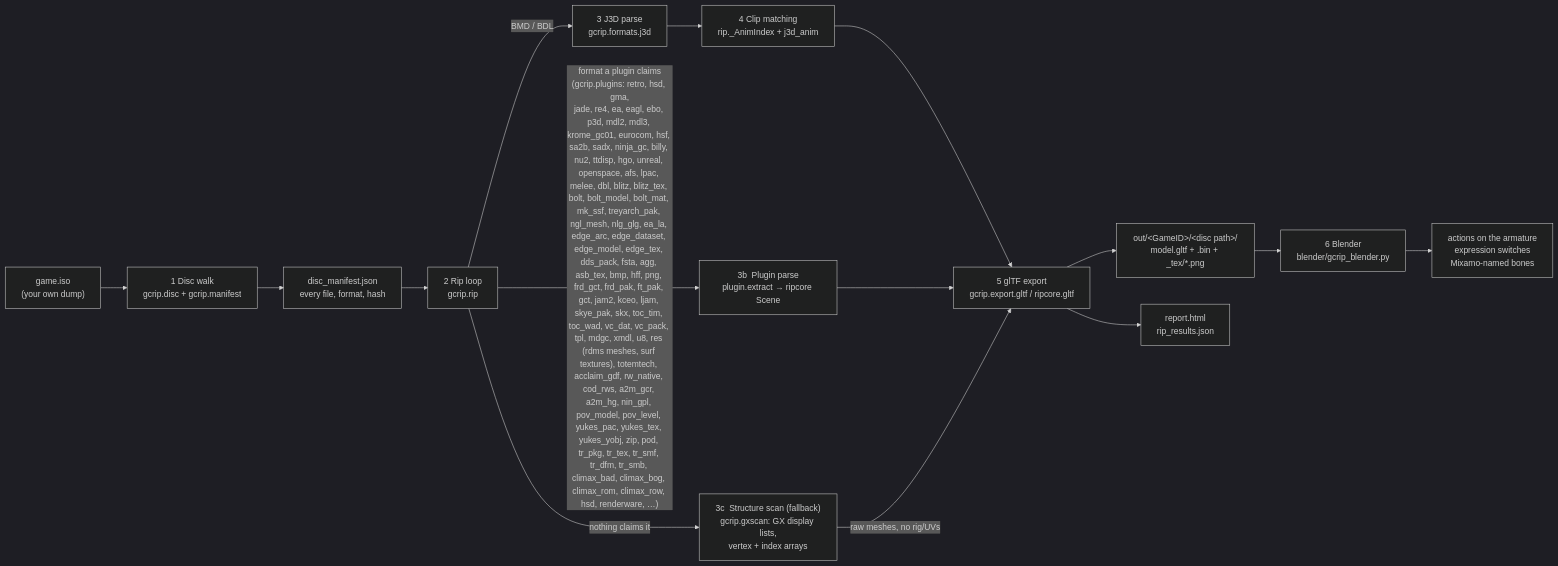
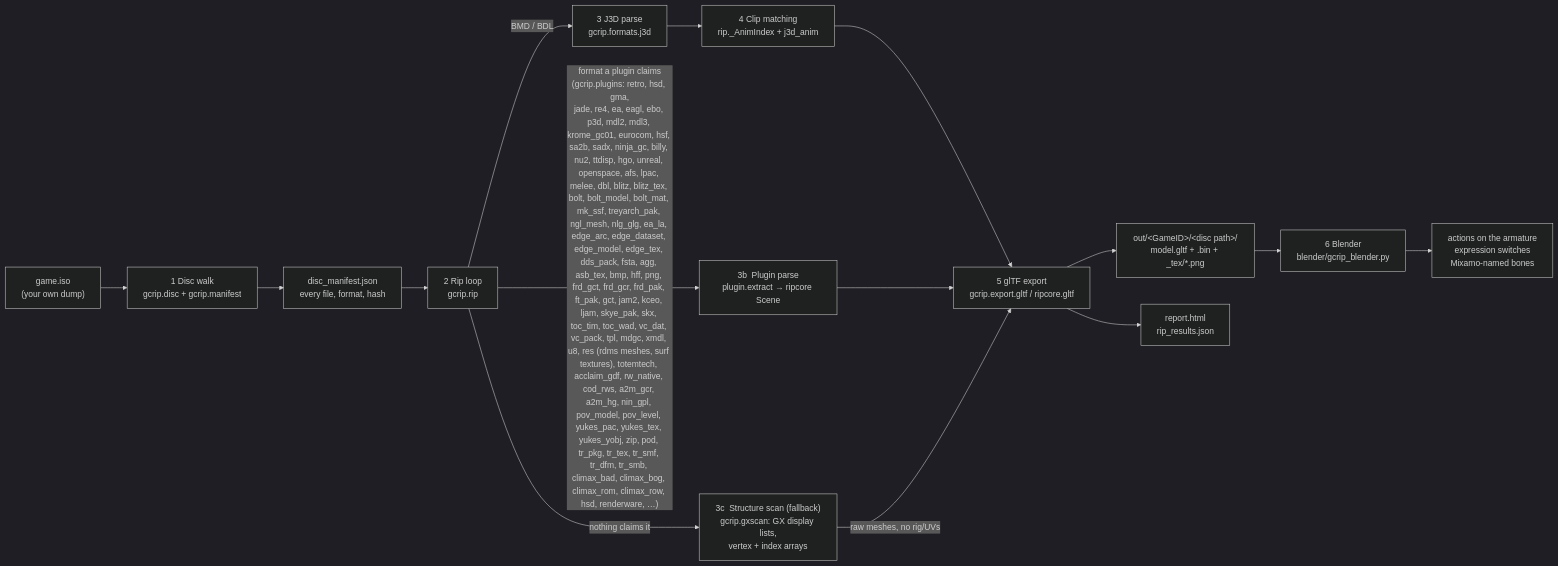
The first of 10 diagrams in docs/PIPELINE.md (Felbs/3d-ripper-9000), drawn with Mermaid (dark theme) before and after one commit. The commit also changed 8 other files, not shown here.

First line of the commit message:
gcrip frd_gcr: TimeSplitters 2 character models - the header is the last 52 bytes, 0xa0 node records with f32/s8 arrays and 8/9-byte GX index vertices; all 314 of chr.pak read, textured by gct id

````diff
--- a/docs/PIPELINE.md
+++ b/docs/PIPELINE.md
@@ -11,17 +11,17 @@
 ```mermaid
 flowchart LR
     ISO["game.iso<br/>(your own dump)"] --> WALK["1  Disc walk<br/>gcrip.disc + gcrip.manifest"]
     WALK --> MAN["disc_manifest.json<br/>every file, format, hash"]
     MAN --> RIP["2  Rip loop<br/>gcrip.rip"]
     RIP -->|"BMD / BDL"| J3D["3  J3D parse<br/>gcrip.formats.j3d"]
-    RIP -->|"format a plugin claims<br/>(gcrip.plugins: retro, hsd, gma,<br/>jade, re4, ea, eagl, ebo, p3d, mdl2, mdl3, krome_gc01, eurocom, hsf, sa2b, sadx, ninja_gc, billy, nu2, ttdisp, hgo, unreal, openspace, afs, lpac, melee, dbl, blitz, blitz_tex, bolt, bolt_model, bolt_mat, mk_ssf, treyarch_pak, ngl_mesh, nlg_glg, ea_la, edge_arc, edge_dataset, edge_model, edge_tex, dds_pack, fsta, agg, asb_tex, bmp, hff, png, frd_gct, frd_pak, ft_pak, gct, jam2, kceo, ljam, skye_pak, skx, toc_tim, toc_wad, vc_dat, vc_pack, tpl, mdgc, xmdl, u8, res (rdms meshes, surf textures), totemtech, acclaim_gdf, rw_native, cod_rws, a2m_gcr, a2m_hg, nin_gpl, pov_model, pov_level, yukes_pac, yukes_tex, yukes_yobj, zip, pod, tr_pkg, tr_tex, tr_smf, tr_dfm, tr_smb, climax_bad, climax_bog, climax_rom, climax_row, hsd, renderware, …)"| PLUG["3b  Plugin parse<br/>plugin.extract → ripcore Scene"]
+    RIP -->|"format a plugin claims<br/>(gcrip.plugins: retro, hsd, gma,<br/>jade, re4, ea, eagl, ebo, p3d, mdl2, mdl3, krome_gc01, eurocom, hsf, sa2b, sadx, ninja_gc, billy, nu2, ttdisp, hgo, unreal, openspace, afs, lpac, melee, dbl, blitz, blitz_tex, bolt, bolt_model, bolt_mat, mk_ssf, treyarch_pak, ngl_mesh, nlg_glg, ea_la, edge_arc, edge_dataset, edge_model, edge_tex, dds_pack, fsta, agg, asb_tex, bmp, hff, png, frd_gct, frd_gcr, frd_pak, ft_pak, gct, jam2, kceo, ljam, skye_pak, skx, toc_tim, toc_wad, vc_dat, vc_pack, tpl, mdgc, xmdl, u8, res (rdms meshes, surf textures), totemtech, acclaim_gdf, rw_native, cod_rws, a2m_gcr, a2m_hg, nin_gpl, pov_model, pov_level, yukes_pac, yukes_tex, yukes_yobj, zip, pod, tr_pkg, tr_tex, tr_smf, tr_dfm, tr_smb, climax_bad, climax_bog, climax_rom, climax_row, hsd, renderware, …)"| PLUG["3b  Plugin parse<br/>plugin.extract → ripcore Scene"]
     RIP -->|"nothing claims it"| GX["3c  Structure scan (fallback)<br/>gcrip.gxscan: GX display lists,<br/>vertex + index arrays"]
     J3D --> ANIM["4  Clip matching<br/>rip._AnimIndex + j3d_anim"]
     ANIM --> GLTF["5  glTF export<br/>gcrip.export.gltf / ripcore.gltf"]
     PLUG --> GLTF
     GX -->|"raw meshes, no rig/UVs"| GLTF
     GLTF --> OUT["out/&lt;GameID&gt;/&lt;disc path&gt;/<br/>model.gltf + .bin + _tex/*.png"]
     GLTF --> REP["report.html<br/>rip_results.json"]
     OUT --> BL["6  Blender<br/>blender/gcrip_blender.py"]
     BL --> PLAY["actions on the armature<br/>expression switches<br/>Mixamo-named bones"]
 ```
````
